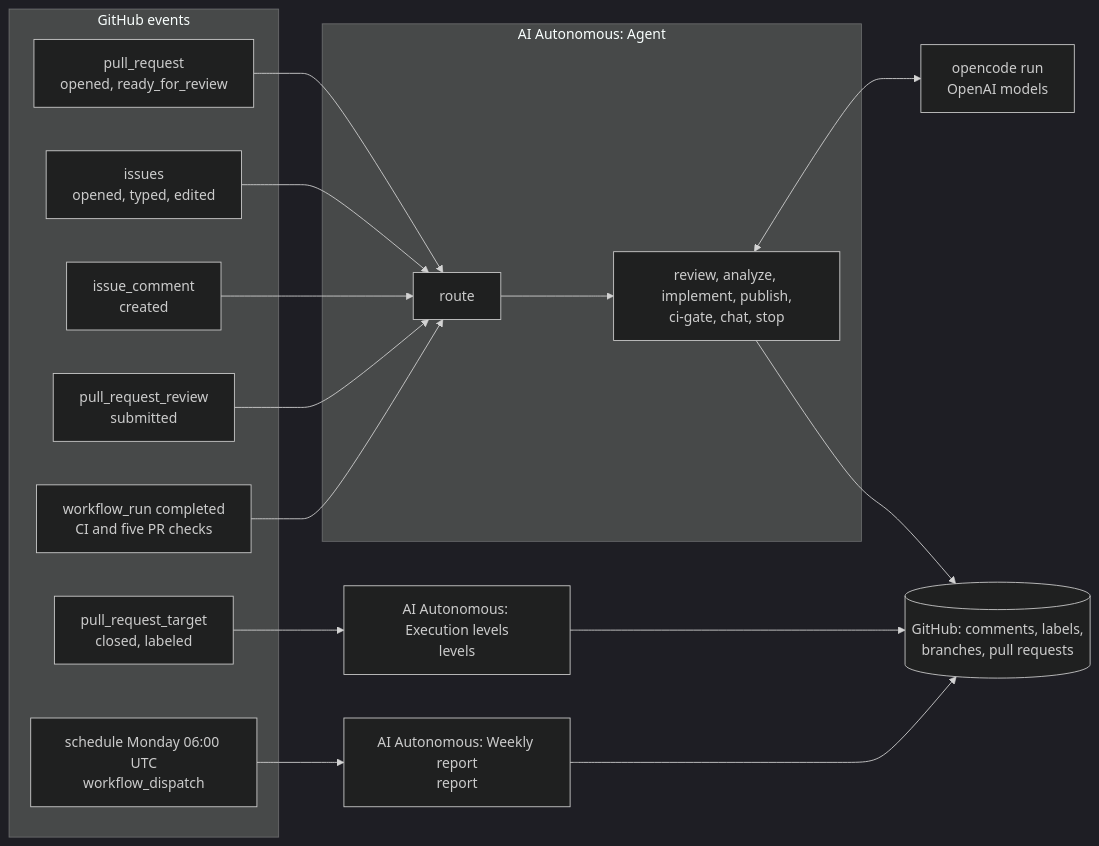
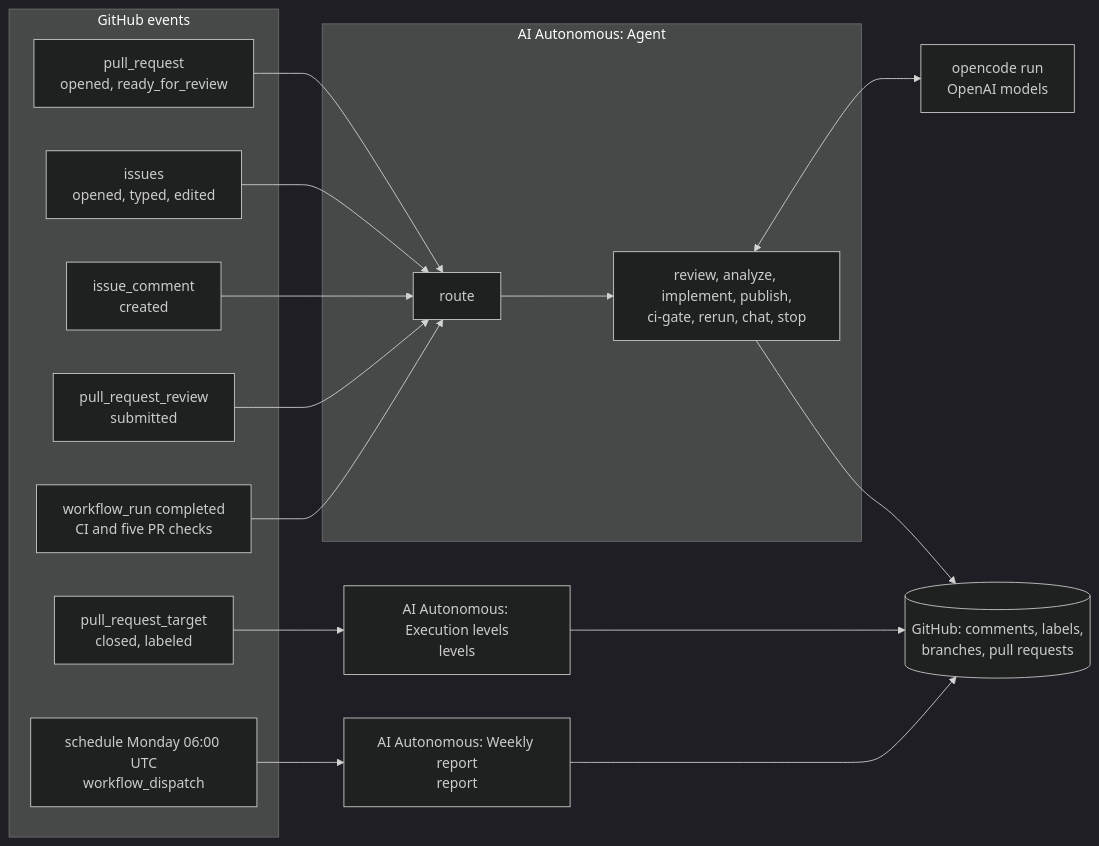
One commit to Netcracker/qubership-apihub changed the first of 10 diagrams in docs/internal/autonomous-agent/architecture.md. Above: the diagram before and after it, drawn with Mermaid (dark theme). The commit also changed other lines of this file and 20 other files, not shown here.

````diff
--- a/docs/internal/autonomous-agent/architecture.md
+++ b/docs/internal/autonomous-agent/architecture.md
@@ -30,30 +30,30 @@
 ```mermaid
 flowchart LR
   subgraph events["GitHub events"]
     PR["pull_request<br/>opened, ready_for_review"]
     IS["issues<br/>opened, typed, edited"]
     IC["issue_comment<br/>created"]
     PRR["pull_request_review<br/>submitted"]
     WR["workflow_run completed<br/>CI and five PR checks"]
     PRT["pull_request_target<br/>closed, labeled"]
     CRON["schedule Monday 06:00 UTC<br/>workflow_dispatch"]
   end
   subgraph agentwf["AI Autonomous: Agent"]
     ROUTE["route"]
-    JOBS["review, analyze, implement, publish,<br/>ci-gate, chat, stop"]
+    JOBS["review, analyze, implement, publish,<br/>ci-gate, rerun, chat, stop"]
   end
   LEVELS["AI Autonomous: Execution levels<br/>levels"]
   REPORT["AI Autonomous: Weekly report<br/>report"]
   PR --> ROUTE
   IS --> ROUTE
   IC --> ROUTE
   PRR --> ROUTE
   WR --> ROUTE
   ROUTE --> JOBS
   PRT --> LEVELS
   CRON --> REPORT
   JOBS --> GH[("GitHub: comments, labels,<br/>branches, pull requests")]
   LEVELS --> GH
   REPORT --> GH
   JOBS <--> OC["opencode run<br/>OpenAI models"]
 ```
````
